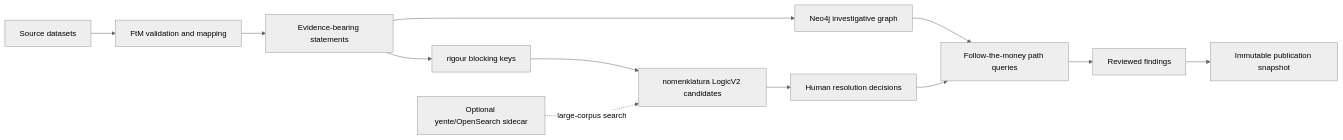
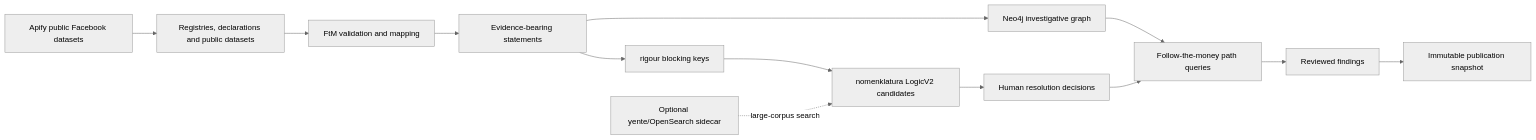
The diagram in docs/due-diligence-opensanctions-stack.md (tsitsidalakishvili/Civic-Voice-Lab), drawn with Mermaid (neutral theme) before and after one commit. The commit also changed other lines of this file and 78 other files, not shown here.

````diff
--- a/docs/due-diligence-opensanctions-stack.md
+++ b/docs/due-diligence-opensanctions-stack.md
@@ -43,14 +43,15 @@
 ```mermaid
 flowchart LR
-    S["Source datasets"] --> P["FtM validation and mapping"]
+    A["Apify public Facebook datasets"] --> S["Source datasets"]
+    S["Registries, declarations and public datasets"] --> P["FtM validation and mapping"]
     P --> T["Evidence-bearing statements"]
     T --> N["Neo4j investigative graph"]
     T --> B["rigour blocking keys"]
     B --> M["nomenklatura LogicV2 candidates"]
     M --> R["Human resolution decisions"]
     N --> Q["Follow-the-money path queries"]
     R --> Q
     Q --> F["Reviewed findings"]
     F --> U["Immutable publication snapshot"]
     Y["Optional yente/OpenSearch sidecar"] -. large-corpus search .-> M
 ```
````
